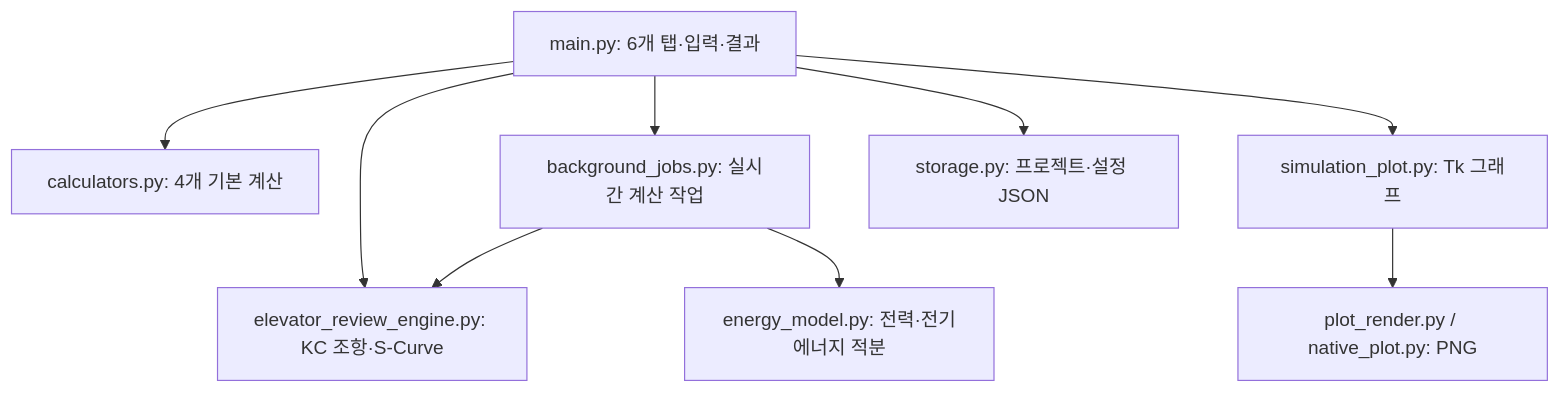
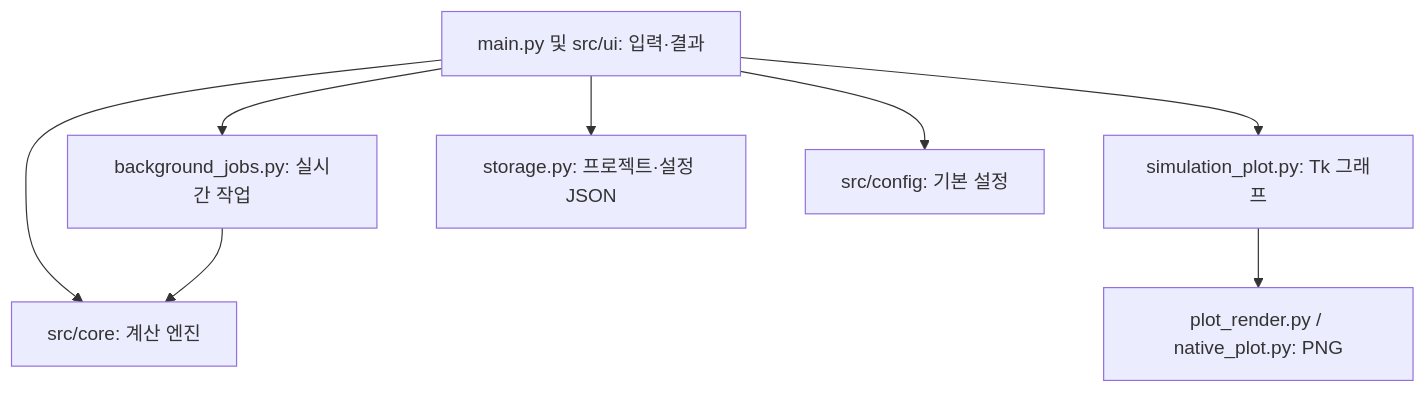
One commit to parkjongho1027-svg/EL- changed the diagram in README.md. Above: the diagram before and after it, drawn with Mermaid. The commit also changed other lines of this file and 25 other files, not shown here.

Commit message:
feat: add inertia duty models, engineering charts and CI (v69)

````diff
--- a/README.md
+++ b/README.md
@@ -20,11 +20,10 @@
 ```mermaid
 flowchart TD
-    A["main.py: 6개 탭·입력·결과"] --> B["calculators.py: 4개 기본 계산"]
-    A --> C["elevator_review_engine.py: KC 조항·S-Curve"]
-    A --> D["background_jobs.py: 실시간 계산 작업"]
-    D --> E["energy_model.py: 전력·전기에너지 적분"]
-    D --> C
+    A["main.py 및 src/ui: 입력·결과"] --> B["src/core: 계산 엔진"]
+    A --> D["background_jobs.py: 실시간 작업"]
+    D --> B
     A --> F["simulation_plot.py: Tk 그래프"]
     F --> G["plot_render.py / native_plot.py: PNG"]
     A --> H["storage.py: 프로젝트·설정 JSON"]
+    A --> I["src/config: 기본 설정"]
 ```
````
